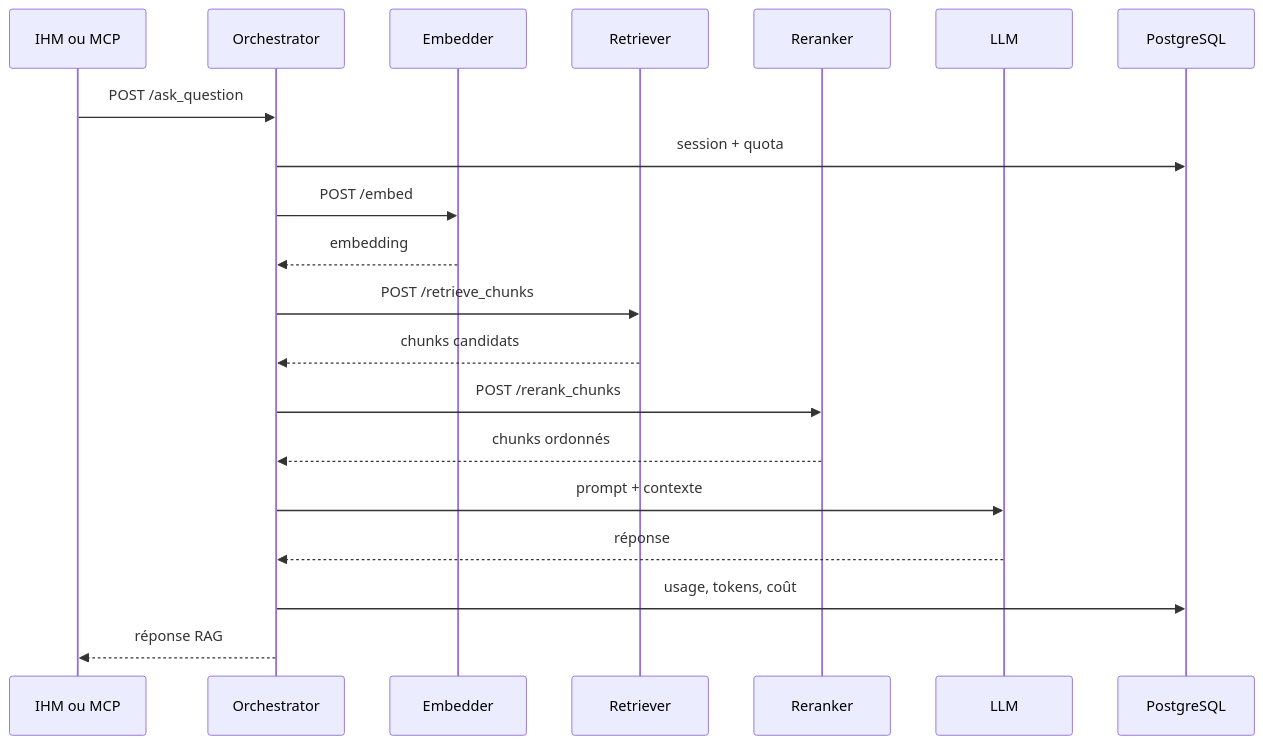
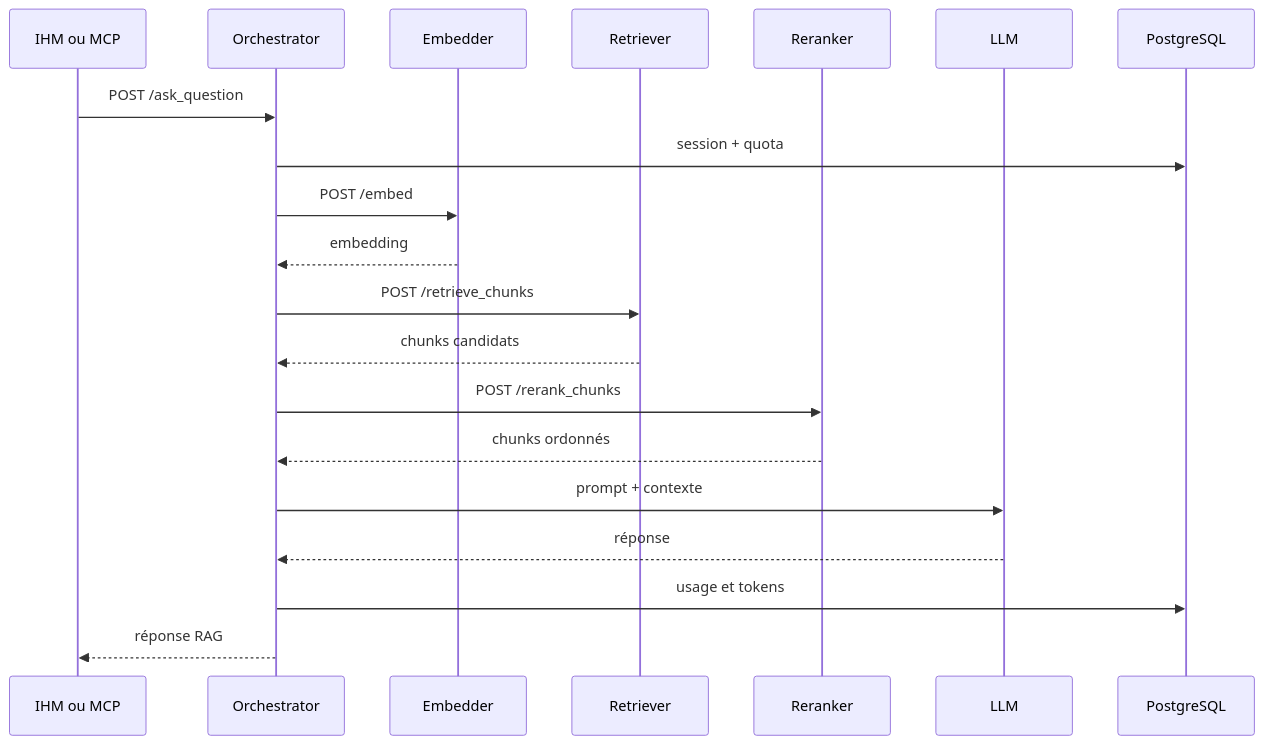
Before and after one commit to TanguyRaguenes/RAG: the second of 2 diagrams in rag_orchestrator/docs/index.md, drawn with Mermaid. The commit also changed other lines of this file and 23 other files, not shown here.

````diff
--- a/rag_orchestrator/docs/index.md
+++ b/rag_orchestrator/docs/index.md
@@ -65,22 +63,22 @@
 ```mermaid
 sequenceDiagram
     participant UI as IHM ou MCP
     participant O as Orchestrator
     participant E as Embedder
     participant R as Retriever
     participant RR as Reranker
     participant L as LLM
     participant P as PostgreSQL
     UI->>O: POST /ask_question
     O->>P: session + quota
     O->>E: POST /embed
     E-->>O: embedding
     O->>R: POST /retrieve_chunks
     R-->>O: chunks candidats
     O->>RR: POST /rerank_chunks
     RR-->>O: chunks ordonnés
     O->>L: prompt + contexte
     L-->>O: réponse
-    O->>P: usage, tokens, coût
+    O->>P: usage et tokens
     O-->>UI: réponse RAG
 ```
````
